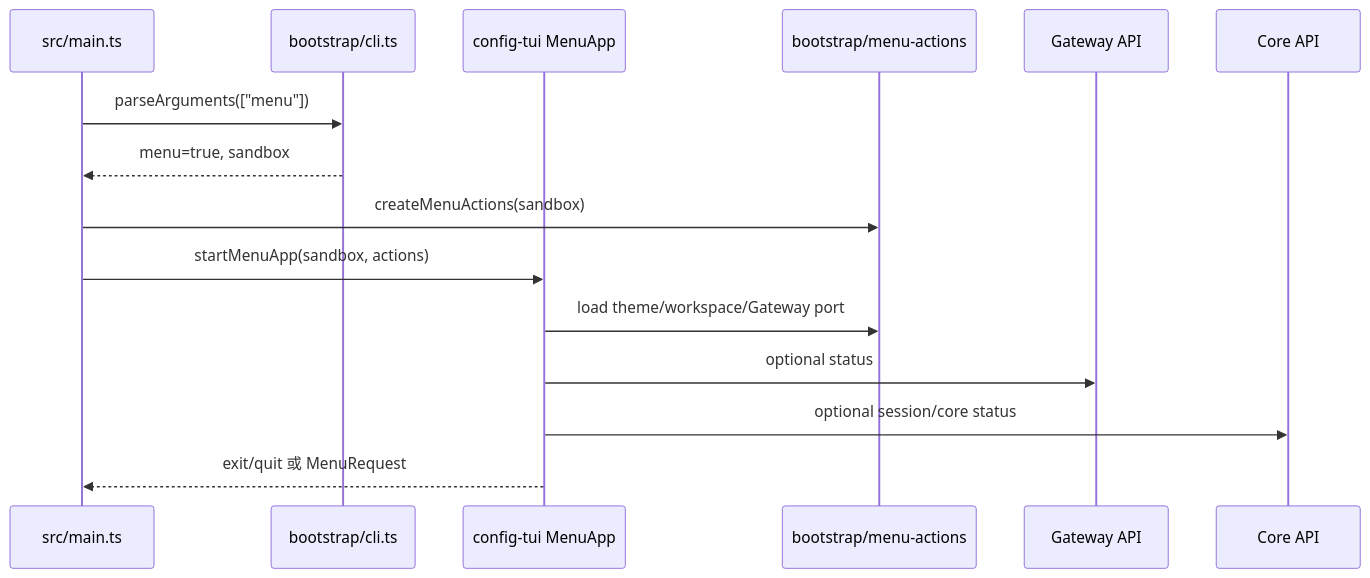
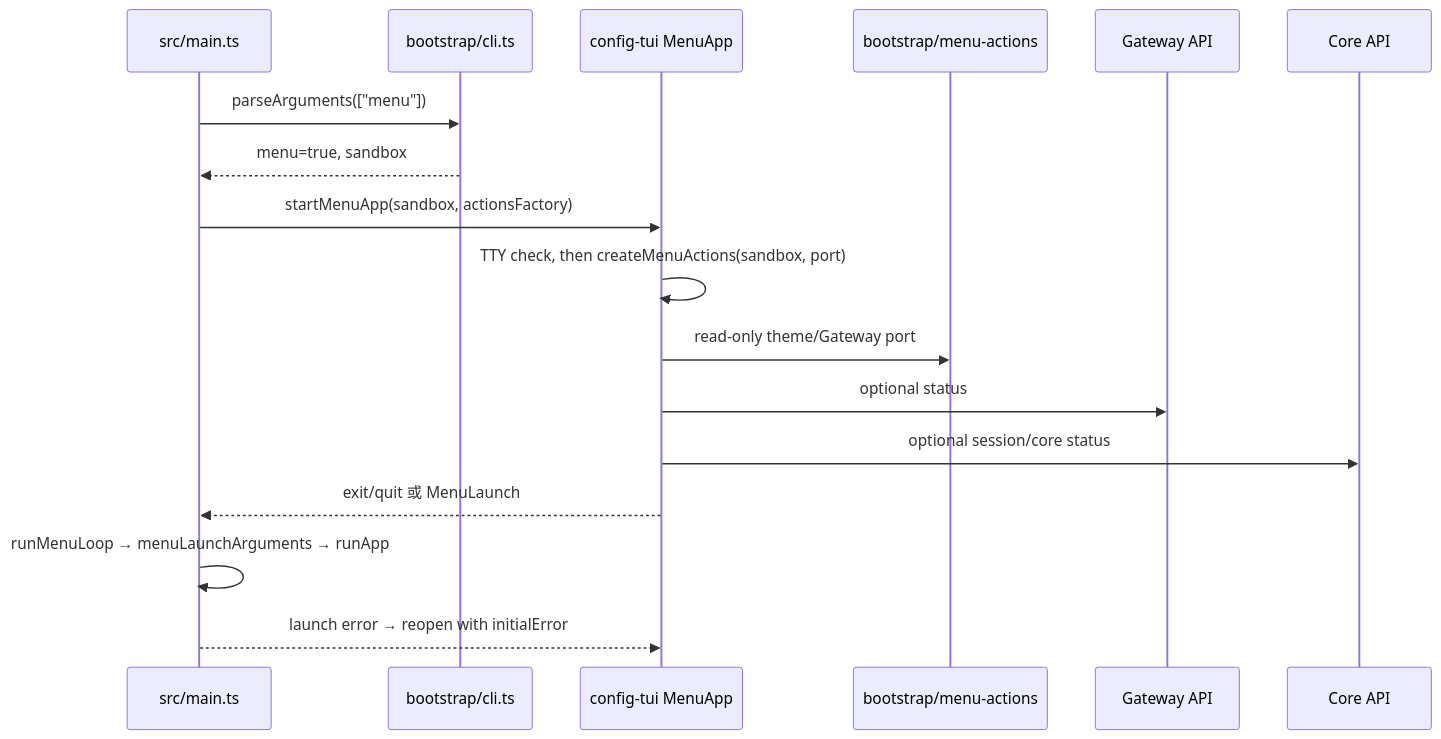
One commit to aokihu/atom_neo changed the fifth of 13 diagrams in docs/subsystems/atom_neo_2026-11-19_menu_config_integration_graph.md. Above: the diagram before and after it, drawn with Mermaid. The commit also changed other lines of this file and 36 other files, not shown here.

````diff
--- a/docs/subsystems/atom_neo_2026-11-19_menu_config_integration_graph.md
+++ b/docs/subsystems/atom_neo_2026-11-19_menu_config_integration_graph.md
@@ -167,18 +174,20 @@
 ```mermaid
 sequenceDiagram
     participant Main as src/main.ts
     participant CLI as bootstrap/cli.ts
     participant Menu as config-tui MenuApp
     participant Actions as bootstrap/menu-actions
     participant Gateway as Gateway API
     participant Core as Core API
 
     Main->>CLI: parseArguments(["menu"])
     CLI-->>Main: menu=true, sandbox
-    Main->>Actions: createMenuActions(sandbox)
-    Main->>Menu: startMenuApp(sandbox, actions)
-    Menu->>Actions: load theme/workspace/Gateway port
+    Main->>Menu: startMenuApp(sandbox, actionsFactory)
+    Menu->>Menu: TTY check, then createMenuActions(sandbox, port)
+    Menu->>Actions: read-only theme/Gateway port
     Menu->>Gateway: optional status
     Menu->>Core: optional session/core status
-    Menu-->>Main: exit/quit 或 MenuRequest
+    Menu-->>Main: exit/quit 或 MenuLaunch
+    Main->>Main: runMenuLoop → menuLaunchArguments → runApp
+    Main-->>Menu: launch error → reopen with initialError
 ```
````
